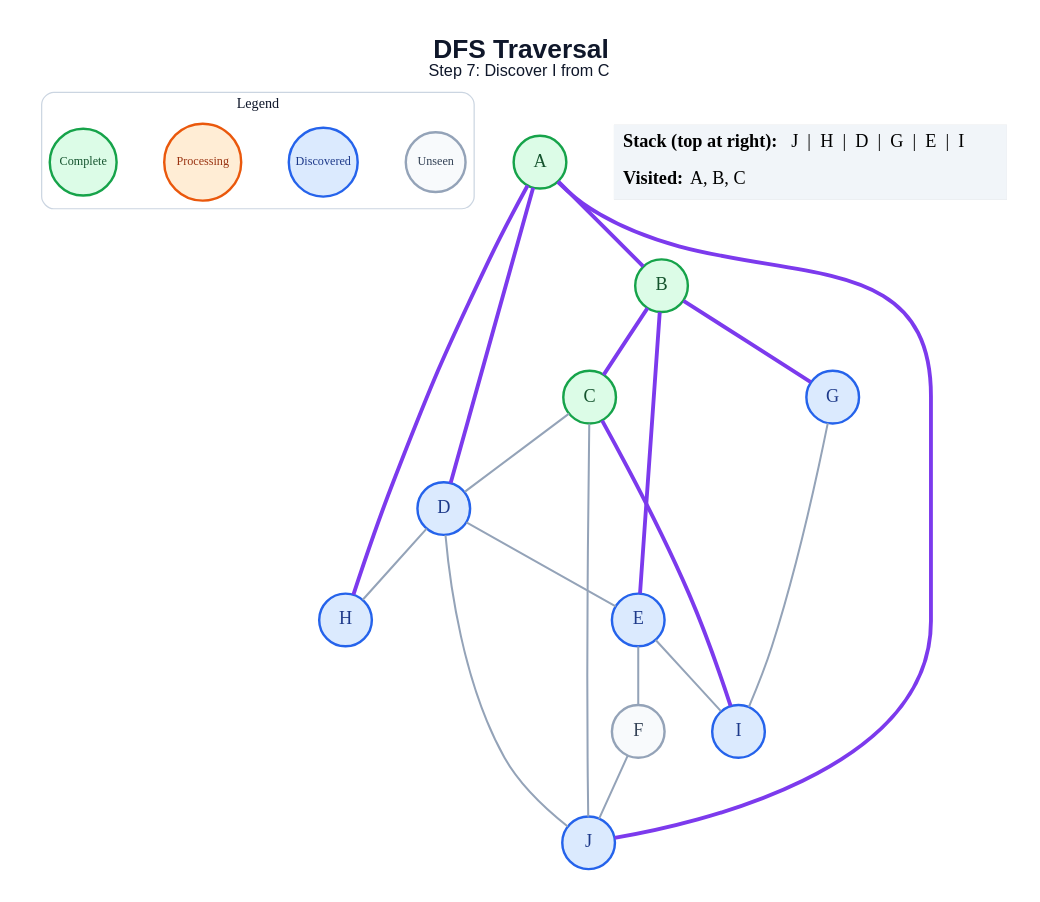
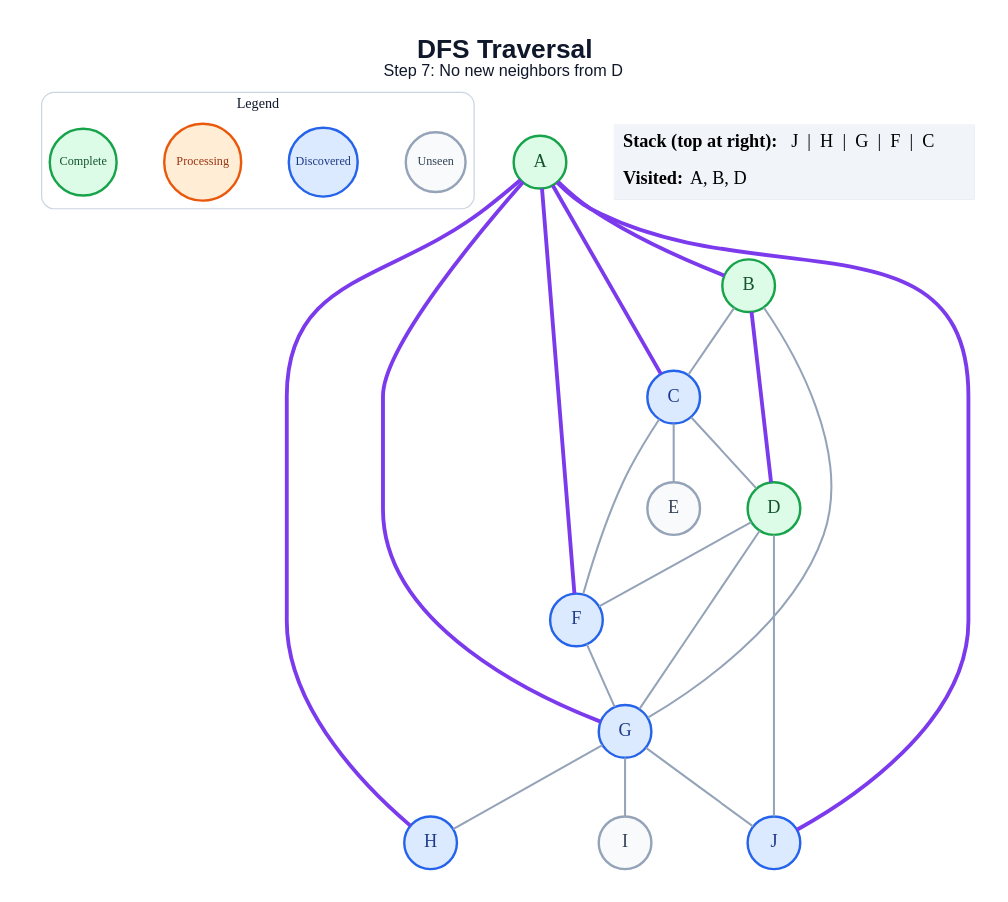
Before and after one commit to amanghodawala9/ai-slop: the diagram in generated/dfs/step_07.dot, drawn with Graphviz. The commit also changed 178 other files, not shown here.

```diff
--- a/generated/dfs/step_07.dot
+++ b/generated/dfs/step_07.dot
@@ -1,46 +1,48 @@
 graph traversal {
   graph [layout=dot, rankdir=TB, bgcolor="#FFFFFF", pad="0.35", nodesep="0.65", ranksep="0.8", fontname="Arial"];
   node [shape=circle, style="filled", fontname="Arial Bold", fontsize=18, width=0.72, fixedsize=true, penwidth=2.4];
   edge [color="#94A3B8", penwidth=2.0];
-  label=<<B>DFS Traversal</B><BR/><FONT POINT-SIZE="16">Step 7: Discover I from C</FONT>>; labelloc="t"; fontsize=26; fontname="Arial"; fontcolor="#0F172A";
+  label=<<B>DFS Traversal</B><BR/><FONT POINT-SIZE="16">Step 7: No new neighbors from D</FONT>>; labelloc="t"; fontsize=26; fontname="Arial"; fontcolor="#0F172A";
   subgraph cluster_legend { label="Legend"; color="#CBD5E1"; penwidth=1.2; style="rounded"; fontsize=14; fontname="Arial Bold";
     key_unseen [label="Unseen", fillcolor="#F8FAFC", color="#94A3B8", fontcolor="#334155", fontsize=12, width=0.82];
     key_frontier [label="Discovered", fillcolor="#DBEAFE", color="#2563EB", fontcolor="#1E3A8A", fontsize=12, width=0.95];
     key_current [label="Processing", fillcolor="#FFEDD5", color="#EA580C", fontcolor="#9A3412", fontsize=12, width=1.05];
     key_done [label="Complete", fillcolor="#DCFCE7", color="#16A34A", fontcolor="#14532D", fontsize=12, width=0.92];
     { rank=same; key_unseen; key_frontier; key_current; key_done; }
   }
   A [fillcolor="#DCFCE7", color="#16A34A", fontcolor="#14532D"];
   B [fillcolor="#DCFCE7", color="#16A34A", fontcolor="#14532D"];
-  C [fillcolor="#DCFCE7", color="#16A34A", fontcolor="#14532D"];
-  D [fillcolor="#DBEAFE", color="#2563EB", fontcolor="#1E3A8A"];
-  E [fillcolor="#DBEAFE", color="#2563EB", fontcolor="#1E3A8A"];
-  F [fillcolor="#F8FAFC", color="#94A3B8", fontcolor="#334155"];
+  C [fillcolor="#DBEAFE", color="#2563EB", fontcolor="#1E3A8A"];
+  D [fillcolor="#DCFCE7", color="#16A34A", fontcolor="#14532D"];
+  E [fillcolor="#F8FAFC", color="#94A3B8", fontcolor="#334155"];
+  F [fillcolor="#DBEAFE", color="#2563EB", fontcolor="#1E3A8A"];
   G [fillcolor="#DBEAFE", color="#2563EB", fontcolor="#1E3A8A"];
   H [fillcolor="#DBEAFE", color="#2563EB", fontcolor="#1E3A8A"];
-  I [fillcolor="#DBEAFE", color="#2563EB", fontcolor="#1E3A8A"];
+  I [fillcolor="#F8FAFC", color="#94A3B8", fontcolor="#334155"];
   J [fillcolor="#DBEAFE", color="#2563EB", fontcolor="#1E3A8A"];
   A -- B [color="#7C3AED", penwidth=3.8];
-  A -- D [color="#7C3AED", penwidth=3.8];
+  A -- C [color="#7C3AED", penwidth=3.8];
+  A -- F [color="#7C3AED", penwidth=3.8];
+  A -- G [color="#7C3AED", penwidth=3.8];
   A -- H [color="#7C3AED", penwidth=3.8];
   A -- J [color="#7C3AED", penwidth=3.8];
-  B -- C [color="#7C3AED", penwidth=3.8];
-  B -- E [color="#7C3AED", penwidth=3.8];
-  B -- G [color="#7C3AED", penwidth=3.8];
+  B -- C;
+  B -- D [color="#7C3AED", penwidth=3.8];
+  B -- G;
   C -- D;
-  C -- I [color="#7C3AED", penwidth=3.8];
-  C -- J;
-  D -- E;
-  D -- H;
+  C -- E;
+  C -- F;
+  D -- F;
+  D -- G;
   D -- J;
-  E -- F;
-  E -- I;
-  F -- J;
+  F -- G;
+  G -- H;
   G -- I;
+  G -- J;
   status [shape=plain, fixedsize=false, width=0, height=0, margin=0, label=<
     <TABLE BORDER="0" CELLBORDER="0" CELLPADDING="7" BGCOLOR="#F1F5F9">
-      <TR><TD ALIGN="LEFT"><B>Stack (top at right):</B> J  |  H  |  D  |  G  |  E  |  I</TD></TR>
-      <TR><TD ALIGN="LEFT"><B>Visited:</B> A, B, C</TD></TR>
+      <TR><TD ALIGN="LEFT"><B>Stack (top at right):</B> J  |  H  |  G  |  F  |  C</TD></TR>
+      <TR><TD ALIGN="LEFT"><B>Visited:</B> A, B, D</TD></TR>
     </TABLE>
   >];
 }
```
